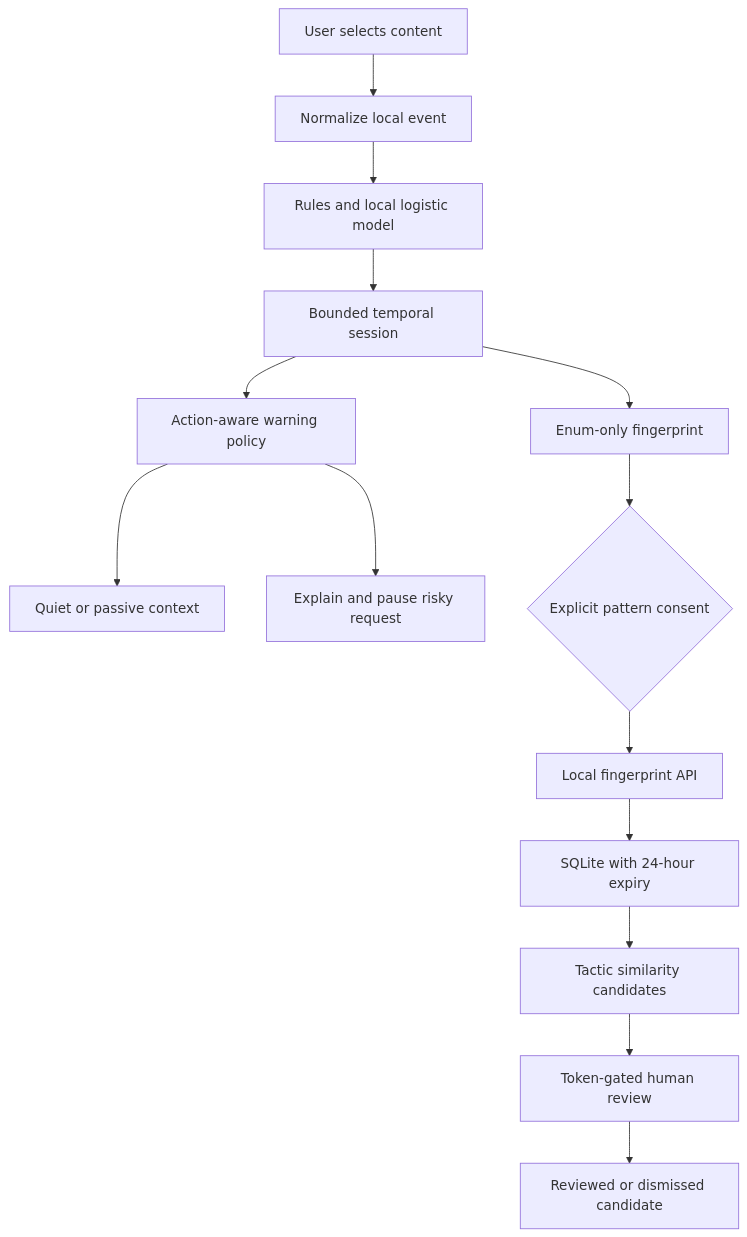
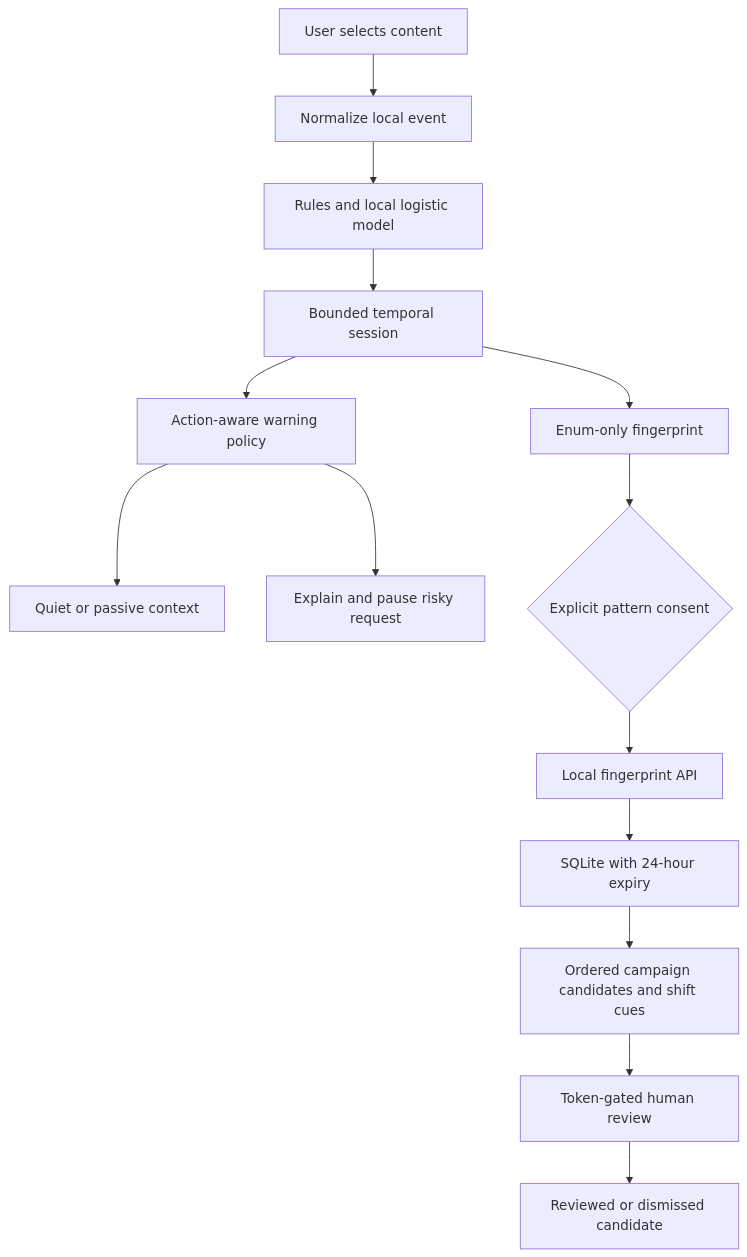
The diagram in docs/ARCHITECTURE.md (1shu1iwari-crypto/AI-Protect), drawn with Mermaid before and after one commit. The commit also changed other lines of this file and 37 other files, not shown here.

Commit message:
Build phone-first private scam workflow checks and ordered campaign review

````diff
--- a/docs/ARCHITECTURE.md
+++ b/docs/ARCHITECTURE.md
@@ -5,16 +5,16 @@
 ```mermaid
 flowchart TD
   U[User selects content] --> N[Normalize local event]
   N --> R[Rules and local logistic model]
   R --> S[Bounded temporal session]
   S --> A[Action-aware warning policy]
   A --> Q[Quiet or passive context]
   A --> W[Explain and pause risky request]
   S --> F[Enum-only fingerprint]
   F --> C{Explicit pattern consent}
   C --> API[Local fingerprint API]
   API --> DB[SQLite with 24-hour expiry]
-  DB --> CL[Tactic similarity candidates]
+  DB --> CL[Ordered campaign candidates and shift cues]
   CL --> H[Token-gated human review]
   H --> D[Reviewed or dismissed candidate]
 ```
````
